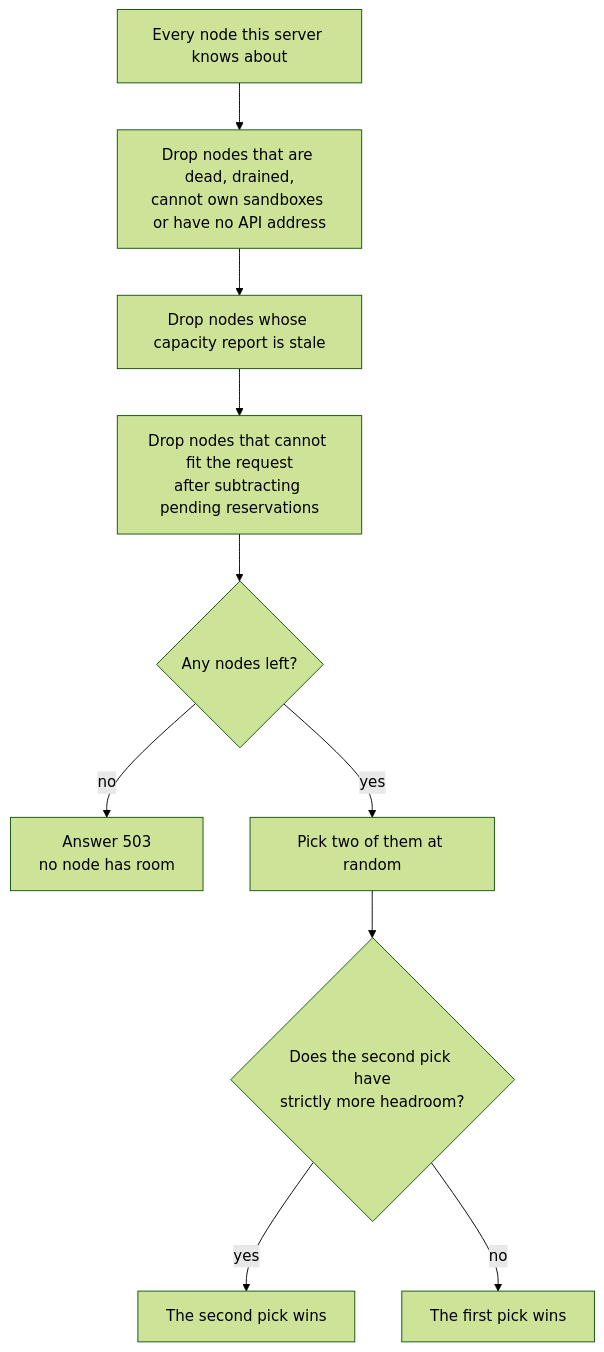
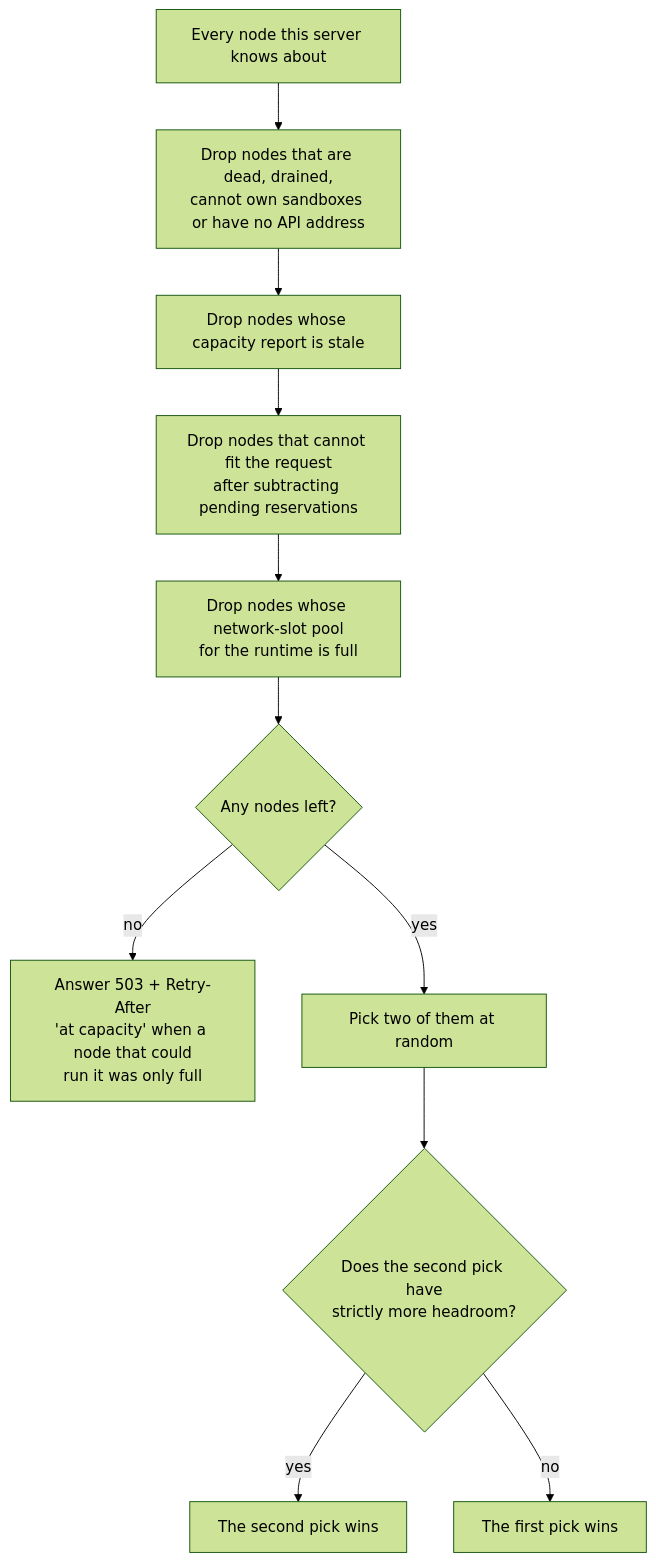
One commit to aerol-ai/microvm changed the third of 8 diagrams in docs/src/content/docs/engineering-placement-failover.mdx. Above: the diagram before and after it, drawn with Mermaid (forest theme). The commit also changed other lines of this file and 4 other files, not shown here.

First line of the commit message:
docs(capacity): per-node slot limits; density test checks the refusal

````diff
--- a/docs/src/content/docs/engineering-placement-failover.mdx
+++ b/docs/src/content/docs/engineering-placement-failover.mdx
@@ -207,12 +208,13 @@
 ```mermaid
 flowchart TB
     ALL["Every node this server knows about"] --> F1["Drop nodes that are dead, drained,<br/>cannot own sandboxes or have no API address"]
     F1 --> F2["Drop nodes whose capacity report is stale"]
     F2 --> F3["Drop nodes that cannot fit the request<br/>after subtracting pending reservations"]
-    F3 --> ANY{"Any nodes left?"}
-    ANY -- "no" --> NONE["Answer 503<br/>no node has room"]
+    F3 --> F4["Drop nodes whose network-slot pool<br/>for the runtime is full"]
+    F4 --> ANY{"Any nodes left?"}
+    ANY -- "no" --> NONE["Answer 503 + Retry-After<br/>'at capacity' when a node that could<br/>run it was only full"]
     ANY -- "yes" --> PICK["Pick two of them at random"]
     PICK --> CMP{"Does the second pick have<br/>strictly more headroom?"}
     CMP -- "yes" --> WB["The second pick wins"]
     CMP -- "no" --> WA["The first pick wins"]
 ```
````
